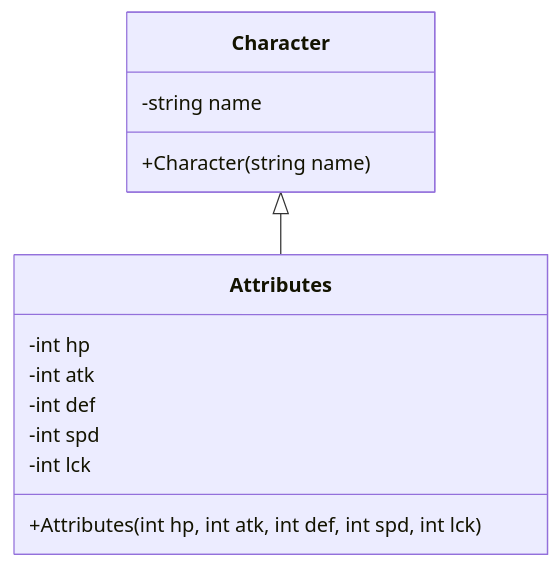
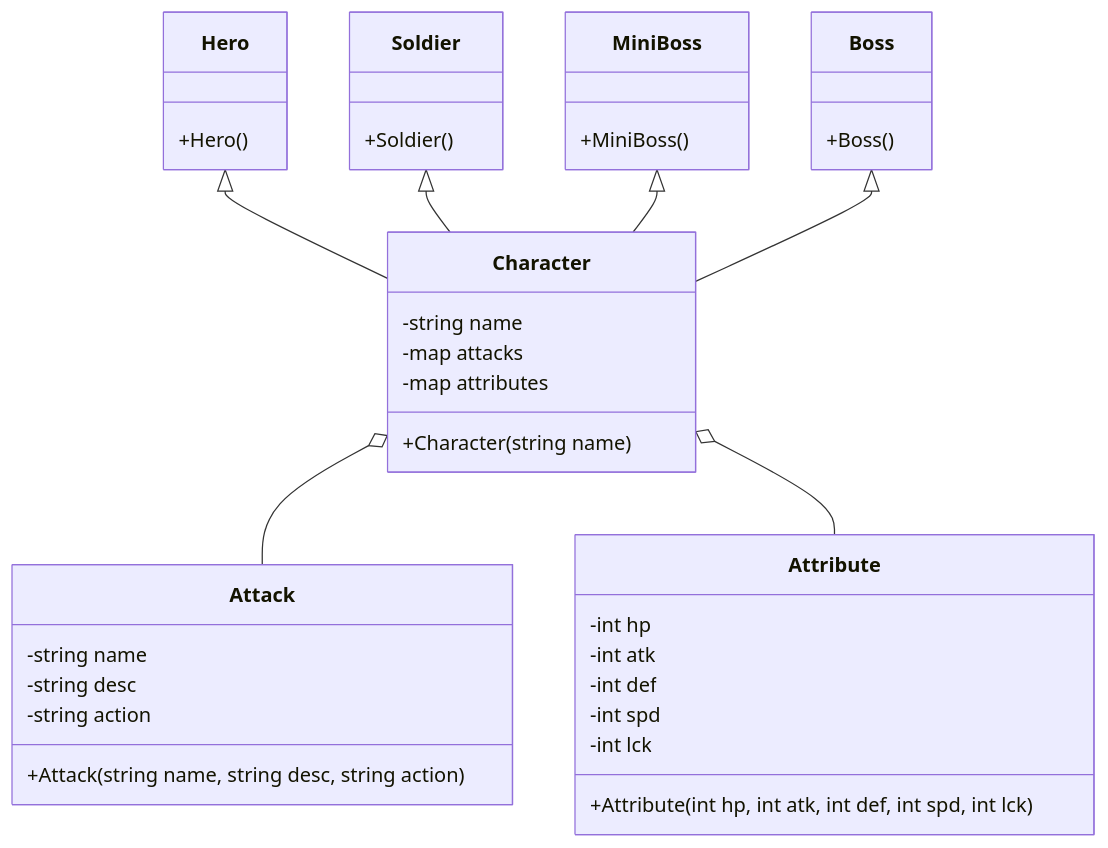
One commit to AlejandroSnap/PROYECTO-POO changed the diagram in Diagrama.md. Above: the diagram before and after it, drawn with Mermaid.

````diff
--- a/Diagrama.md
+++ b/Diagrama.md
@@ -3,18 +3,48 @@
 ```mermaid
 classDiagram
+    class Hero {
+        +Hero()
+    }
+
+    class Soldier {
+        +Soldier()
+    }
+
+    class MiniBoss {
+        +MiniBoss()
+    }
+
+    class Boss {
+        +Boss()
+    }
+
     class Character {
         -string name
+        -map<string, Attack> attacks
+        -map<string, Attribute> attributes
         +Character(string name)
     }
 
-    class Attributes {
+    class Attribute {
         -int hp
         -int atk
         -int def
         -int spd
         -int lck
-        +Attributes(int hp, int atk, int def, int spd, int lck)
+        +Attribute(int hp, int atk, int def, int spd, int lck)
     }
 
-    Character <|-- Attributes
+    class Attack {
+        -string name
+        -string desc
+        -string action
+        +Attack(string name, string desc, string action)
+    }
+
+    Hero <|-- Character
+    Soldier <|-- Character
+    MiniBoss <|-- Character
+    Boss <|-- Character
+    Character o-- Attack
+    Character o-- Attribute
 ```
````
